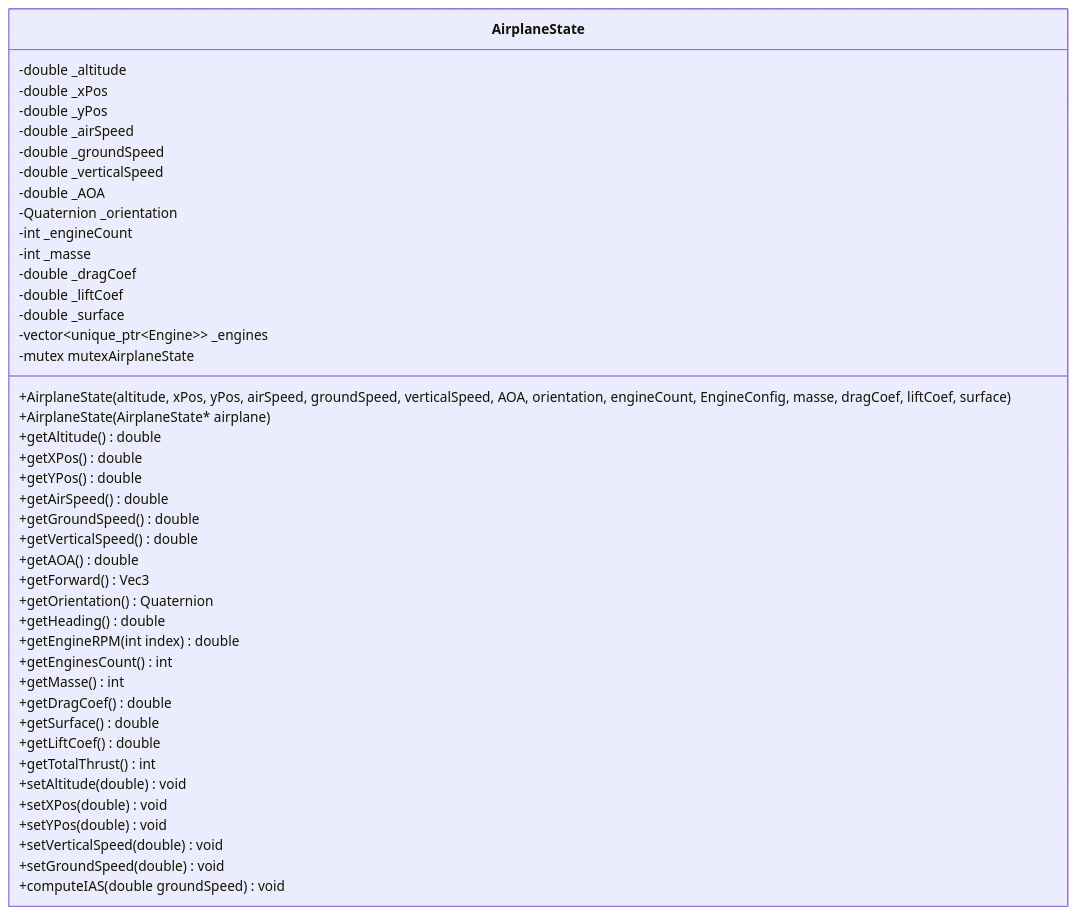
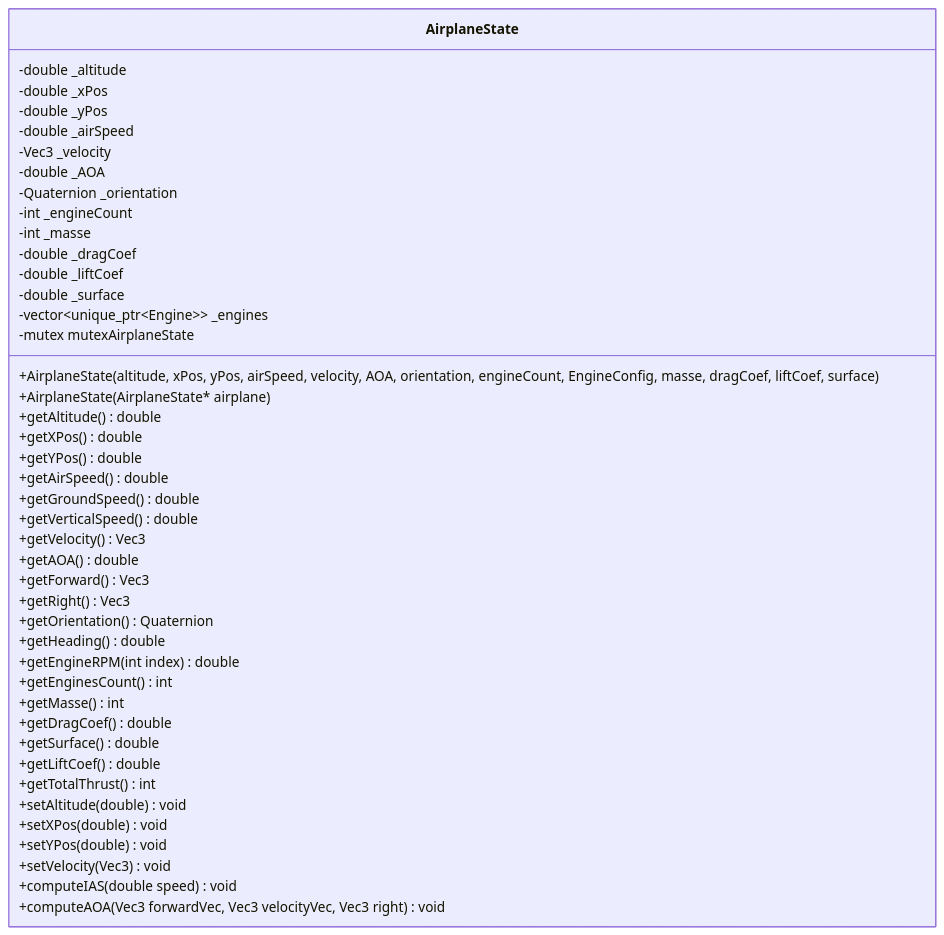
Before and after one commit to EtienneDumai/avionics: the second of 10 diagrams in docs/classDiagram.md, drawn with Mermaid. The commit also changed other lines of this file and 3 other files, not shown here.

````diff
--- a/docs/classDiagram.md
+++ b/docs/classDiagram.md
@@ -32,45 +32,46 @@
 ```mermaid
 classDiagram
     class AirplaneState {
         -double _altitude
         -double _xPos
         -double _yPos
         -double _airSpeed
-        -double _groundSpeed
-        -double _verticalSpeed
+        -Vec3 _velocity
         -double _AOA
         -Quaternion _orientation
         -int _engineCount
         -int _masse
         -double _dragCoef
         -double _liftCoef
         -double _surface
         -vector~unique_ptr~Engine~~ _engines
         -mutex mutexAirplaneState
-        +AirplaneState(altitude, xPos, yPos, airSpeed, groundSpeed, verticalSpeed, AOA, orientation, engineCount, EngineConfig, masse, dragCoef, liftCoef, surface)
+        +AirplaneState(altitude, xPos, yPos, airSpeed, velocity, AOA, orientation, engineCount, EngineConfig, masse, dragCoef, liftCoef, surface)
         +AirplaneState(AirplaneState* airplane)
         +getAltitude() double
         +getXPos() double
         +getYPos() double
         +getAirSpeed() double
         +getGroundSpeed() double
         +getVerticalSpeed() double
+        +getVelocity() Vec3
         +getAOA() double
         +getForward() Vec3
+        +getRight() Vec3
         +getOrientation() Quaternion
         +getHeading() double
         +getEngineRPM(int index) double
         +getEnginesCount() int
         +getMasse() int
         +getDragCoef() double
         +getSurface() double
         +getLiftCoef() double
         +getTotalThrust() int
         +setAltitude(double) void
         +setXPos(double) void
         +setYPos(double) void
-        +setVerticalSpeed(double) void
-        +setGroundSpeed(double) void
-        +computeIAS(double groundSpeed) void
+        +setVelocity(Vec3) void
+        +computeIAS(double speed) void
+        +computeAOA(Vec3 forwardVec, Vec3 velocityVec, Vec3 right) void
     }
 ```
````
